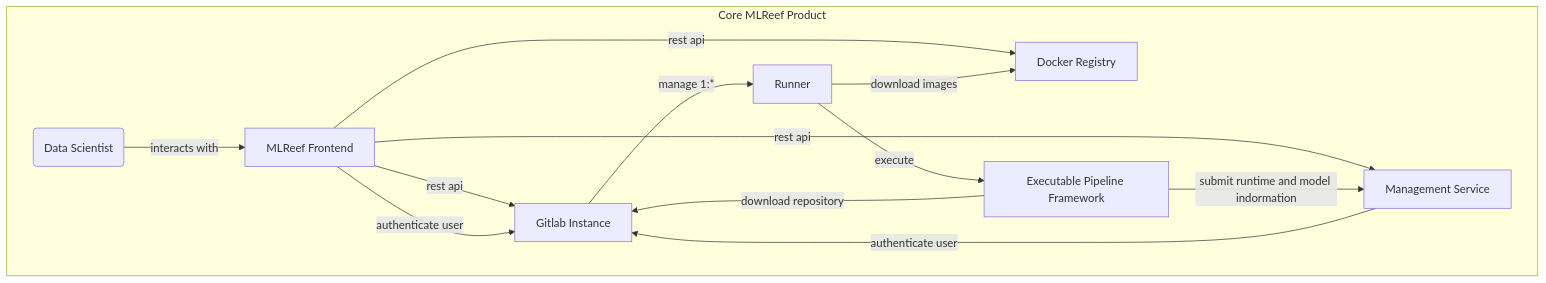
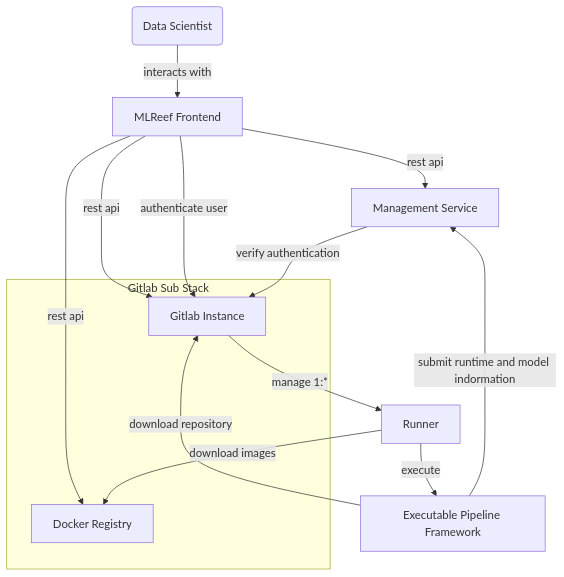
Before and after one commit to MLReef/mlreef: the diagram in docs/content/99-development/0-README.md, drawn with Mermaid.

Commit message:
Improve Graph Layout

````diff
--- a/docs/content/99-development/0-README.md
+++ b/docs/content/99-development/0-README.md
@@ -39,20 +39,30 @@
 ```mermaid
 graph TD
-subgraph "Core MLReef Product"
+  BE[Management Service]
+  DR[Docker Registry]
+  EPF[Executable Pipeline Framework]
+  GL[Gitlab Instance]
+  R[Runner]
+
   S(Data Scientist) -->|interacts with| FE[MLReef Frontend]
-  FE  -->|rest api| GL[Gitlab Instance]
+  FE  -->|rest api| GL
   FE  -->|authenticate user| GL
-  FE  -->|rest api| BE[Management Service]
-  FE  -->|rest api| DR[Docker Registry]
-
-  BE  -->|authenticate user| GL  
+  FE  -->|rest api| BE
+  FE  -->|rest api| DR
 
   GL  -->|manage 1:*| R[Runner]
+  
+  R   -->|execute| EPF
+  R   -->|download images| DR
+  
+  BE  -->|verify authentication| GL
 
-  R   -->|download images| DR
-  R   -->|execute| EPF[Executable Pipeline Framework]
+  subgraph "Gitlab Sub Stack"
+    GL
+    DR
+  end
 
+  
   EPF -->|download repository| GL
 	EPF -->|submit runtime and model indormation|BE 
-end
 ```
````
